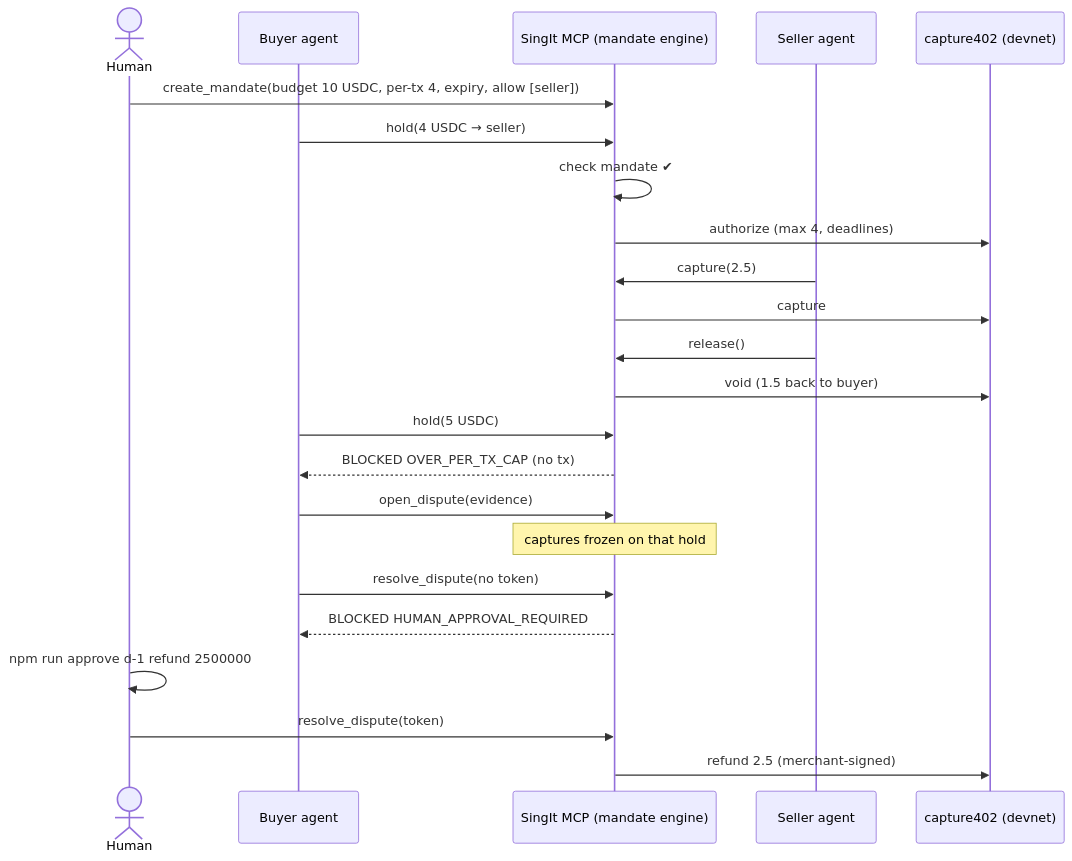
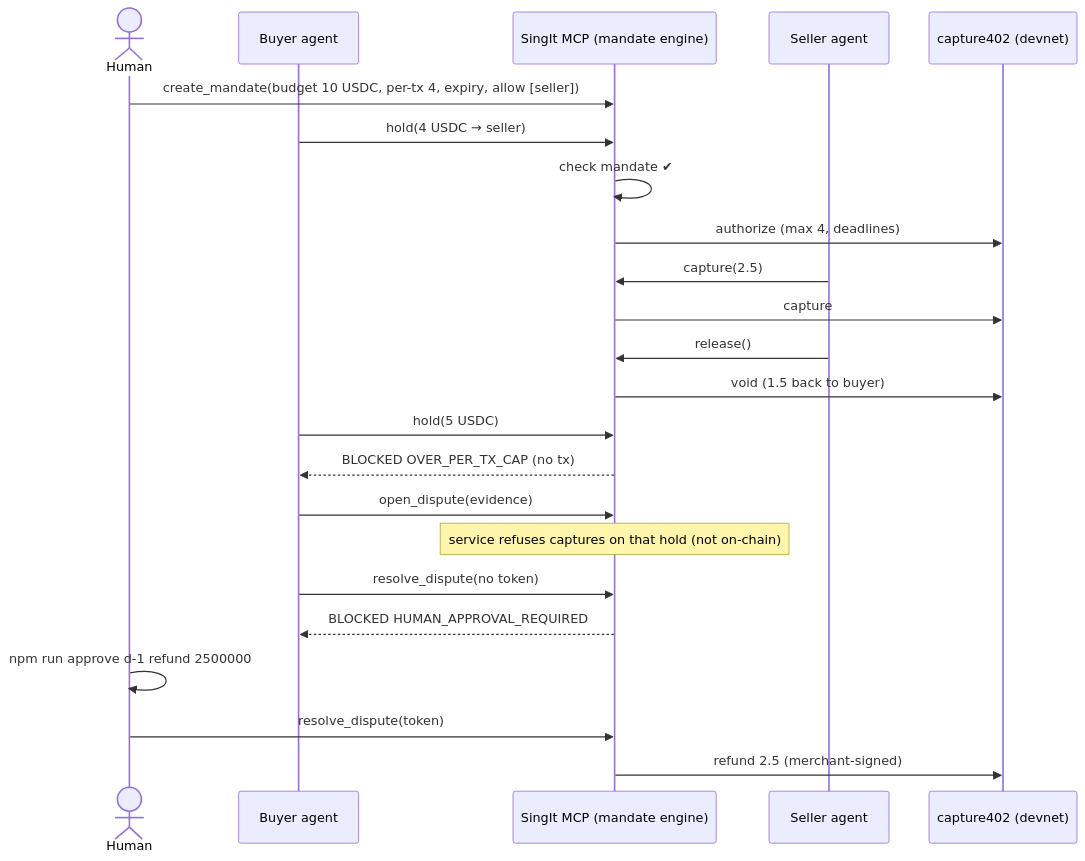
One commit to bubon-ik/singit-agent-pay changed the second of 2 diagrams in singit-mcp/ARCHITECTURE.md. Above: the diagram before and after it, drawn with Mermaid. The commit also changed 26 other files, not shown here.

````diff
--- a/singit-mcp/ARCHITECTURE.md
+++ b/singit-mcp/ARCHITECTURE.md
@@ -29,25 +29,25 @@
 ```mermaid
 sequenceDiagram
   actor H as Human
   participant B as Buyer agent
   participant S as SingIt MCP (mandate engine)
   participant V as Seller agent
   participant C as capture402 (devnet)
   H->>S: create_mandate(budget 10 USDC, per-tx 4, expiry, allow [seller])
   B->>S: hold(4 USDC → seller)
   S->>S: check mandate ✔
   S->>C: authorize (max 4, deadlines)
   V->>S: capture(2.5)
   S->>C: capture
   V->>S: release()
   S->>C: void (1.5 back to buyer)
   B->>S: hold(5 USDC)
   S-->>B: BLOCKED OVER_PER_TX_CAP (no tx)
   B->>S: open_dispute(evidence)
-  Note over S: captures frozen on that hold
+  Note over S: service refuses captures on that hold (not on-chain)
   B->>S: resolve_dispute(no token)
   S-->>B: BLOCKED HUMAN_APPROVAL_REQUIRED
   H->>H: npm run approve d-1 refund 2500000
   H->>S: resolve_dispute(token)
   S->>C: refund 2.5 (merchant-signed)
 ```
````
